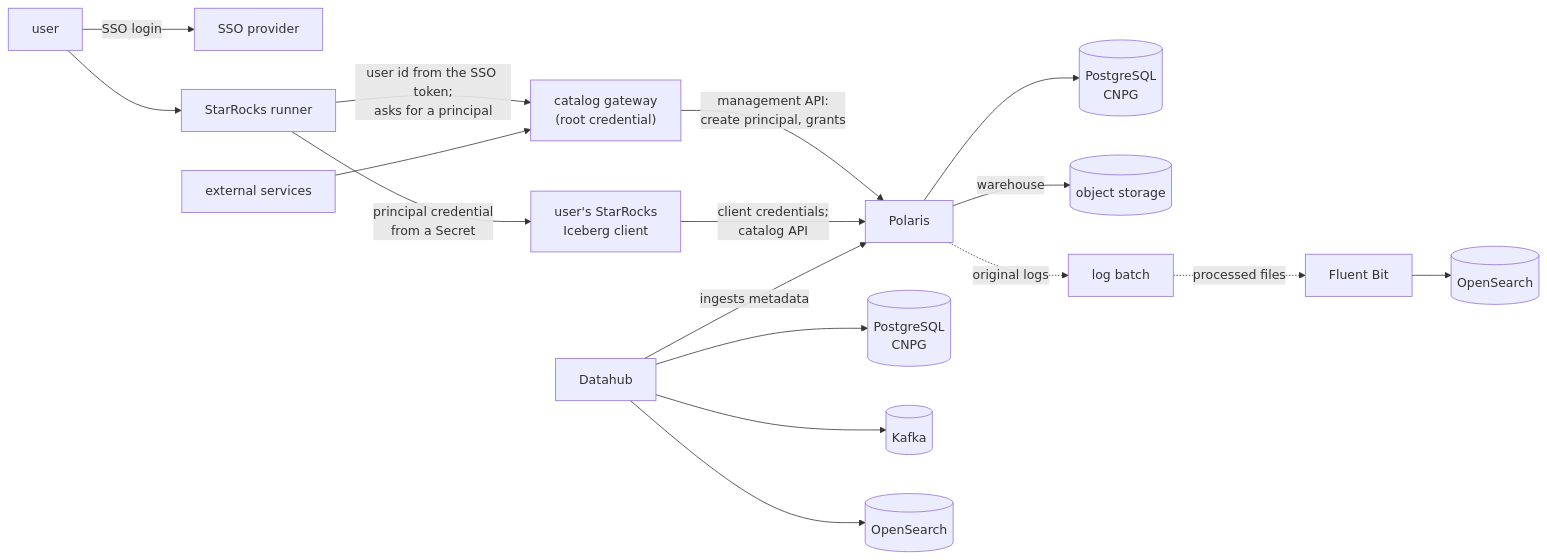
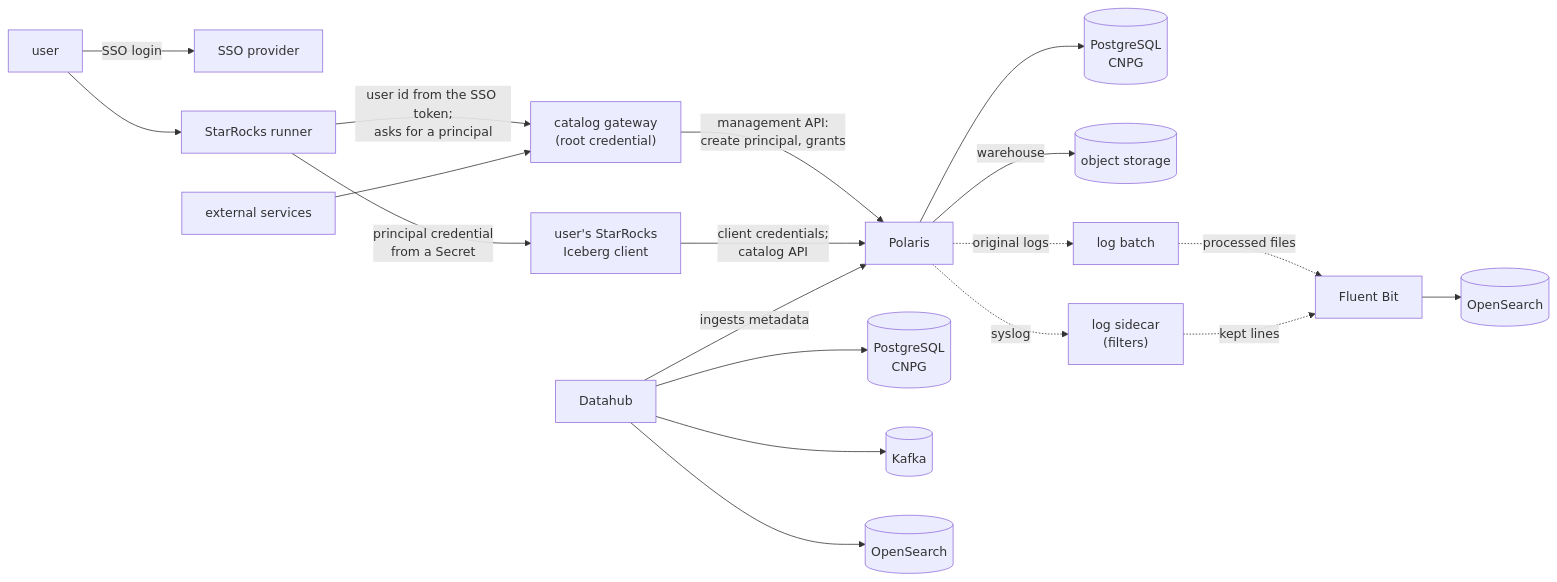
The diagram in docs/plans/roadmap.md (kade-k8s-platform/lakehouse), drawn with Mermaid before and after one commit. The commit also changed other lines of this file, not shown here.

First line of the commit message:
Roadmap: the log sidecar is built here next to the batch

````diff
--- a/docs/plans/roadmap.md
+++ b/docs/plans/roadmap.md
@@ -26,18 +26,20 @@
 ```mermaid
 flowchart LR
     U["user"] -->|"SSO login"| KC["SSO provider"]
     U --> RB["StarRocks runner"]
     RB -->|"user id from the SSO token;<br/>asks for a principal"| GW["catalog gateway<br/>(root credential)"]
     GW -->|"management API:<br/>create principal, grants"| POL["Polaris"]
     RB -->|"principal credential<br/>from a Secret"| SR["user's StarRocks<br/>Iceberg client"]
     SR -->|"client credentials;<br/>catalog API"| POL
     EXT["external services"] --> GW
     POL --> PG[("PostgreSQL<br/>CNPG")]
     POL -->|"warehouse"| S3[("object storage")]
     POL -.->|"original logs"| LB["log batch"]
     LB -.->|"processed files"| FB["Fluent Bit"] --> OS[("OpenSearch")]
+    POL -.->|"syslog"| SC["log sidecar<br/>(filters)"]
+    SC -.->|"kept lines"| FB
     DH["Datahub"] -->|"ingests metadata"| POL
     DH --> DPG[("PostgreSQL<br/>CNPG")]
     DH --> DK[("Kafka")]
     DH --> DOS[("OpenSearch")]
 ```
````
